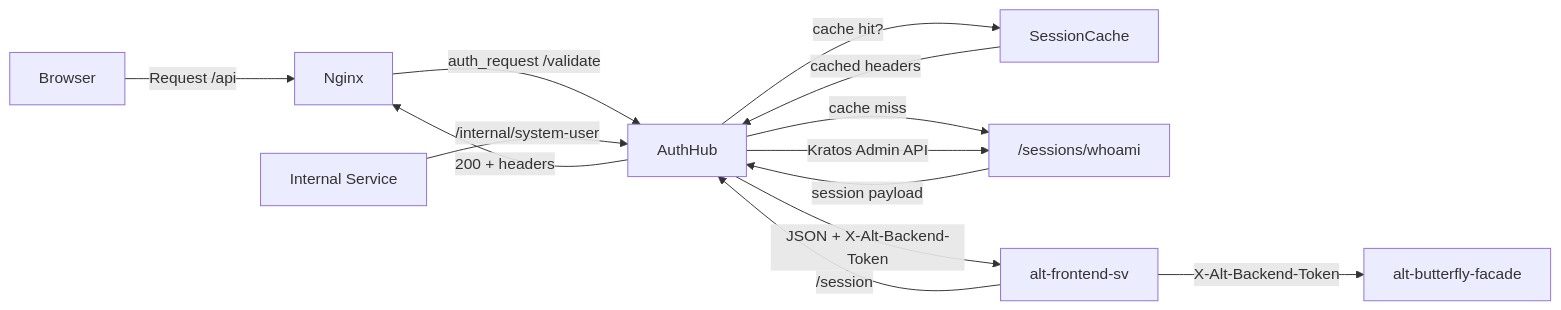
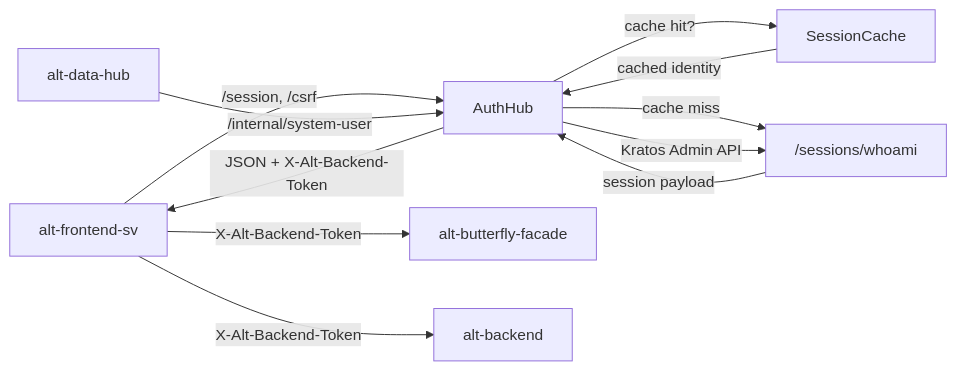
One commit to Kaikei-e/Alt changed the diagram in docs/services/auth-hub.md. Above: the diagram before and after it, drawn with Mermaid. The commit also changed other lines of this file and 76 other files, not shown here.

````diff
--- a/docs/services/auth-hub.md
+++ b/docs/services/auth-hub.md
@@ -63,18 +51,15 @@
 ```mermaid
 flowchart LR
-    Browser -->|Request /api| Nginx
-    Nginx -->|auth_request /validate| AuthHub
+    FE[alt-frontend-sv]
+    FE -->|"/session, /csrf"| AuthHub
     AuthHub -->|cache hit?| SessionCache
-    SessionCache -->|cached headers| AuthHub
-    AuthHub -->|200 + headers| Nginx
+    SessionCache -->|cached identity| AuthHub
     AuthHub -->|cache miss| Kratos["/sessions/whoami"]
     Kratos -->|session payload| AuthHub
-
-    FE[alt-frontend-sv]
-    FE -->|/session| AuthHub
     AuthHub -->|JSON + X-Alt-Backend-Token| FE
     FE -->|X-Alt-Backend-Token| BFF[alt-butterfly-facade]
+    FE -->|X-Alt-Backend-Token| Backend[alt-backend]
 
-    Service[Internal Service] -->|/internal/system-user| AuthHub
+    DataHub[alt-data-hub] -->|/internal/system-user| AuthHub
     AuthHub -->|Kratos Admin API| Kratos
 ```
````
